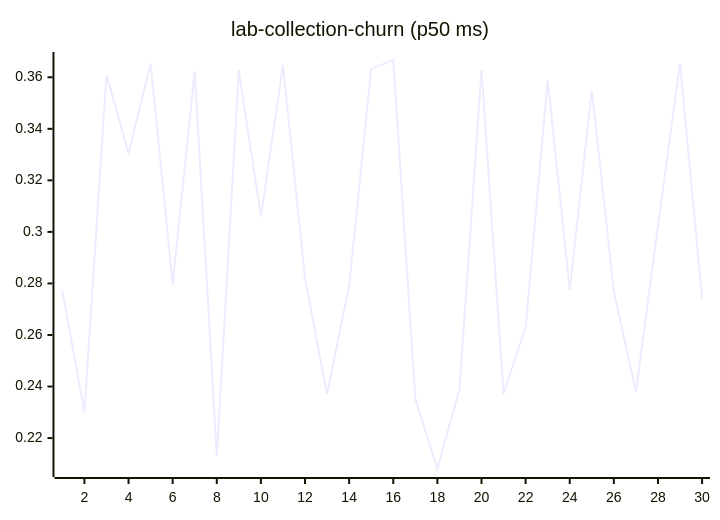
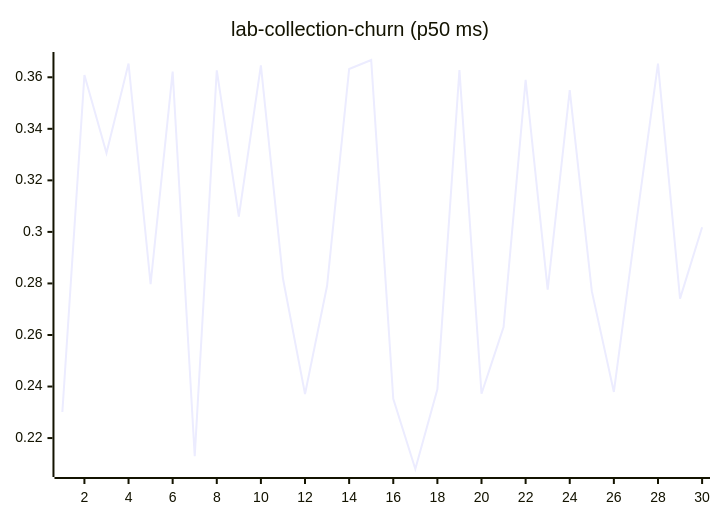
One commit to josha/Facet changed diagram 11 of 27 in README.md. Above: the diagram before and after it, drawn with Mermaid. The commit also changed other lines of this file and 2 other files, not shown here.

````diff
--- a/README.md
+++ b/README.md
@@ -133,6 +133,6 @@
 ```mermaid
 xychart-beta
     title "lab-collection-churn (p50 ms)"
     x-axis 1 --> 30
-    line [0.2771, 0.2301, 0.3609, 0.3306, 0.3653, 0.2797, 0.3622, 0.2130, 0.3627, 0.3059, 0.3646, 0.2819, 0.2371, 0.2791, 0.3632, 0.3667, 0.2352, 0.2080, 0.2389, 0.3628, 0.2372, 0.2631, 0.3590, 0.2776, 0.3550, 0.2770, 0.2379, 0.3024, 0.3653, 0.2741]
+    line [0.2301, 0.3609, 0.3306, 0.3653, 0.2797, 0.3622, 0.2130, 0.3627, 0.3059, 0.3646, 0.2819, 0.2371, 0.2791, 0.3632, 0.3667, 0.2352, 0.2080, 0.2389, 0.3628, 0.2372, 0.2631, 0.3590, 0.2776, 0.3550, 0.2770, 0.2379, 0.3024, 0.3653, 0.2741, 0.3018]
 ```
````
